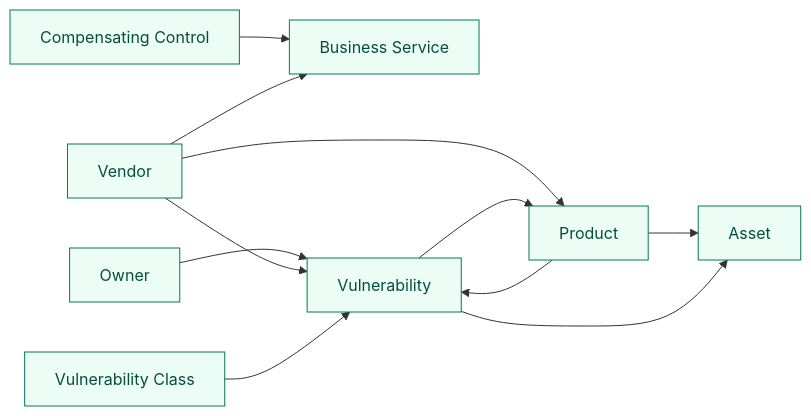
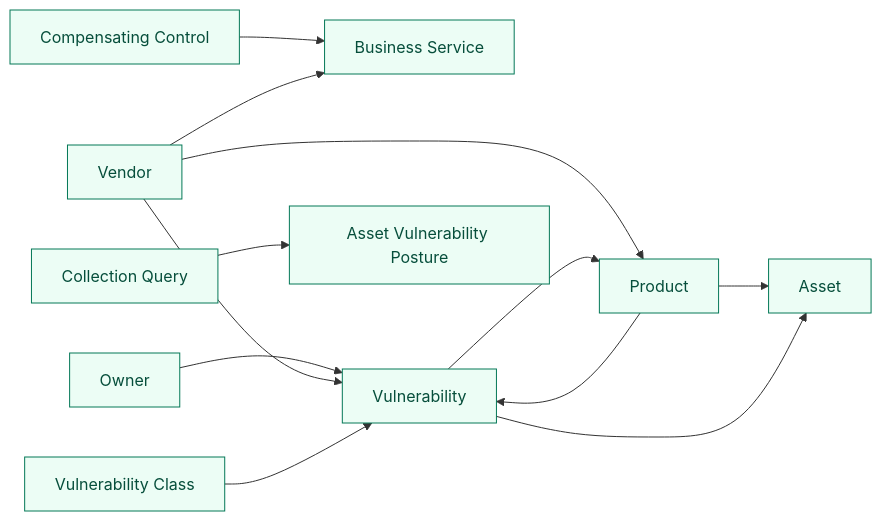
Before and after one commit to cruxible-ai/cruxible: the third of 3 diagrams in kits/kev-triage/README.md, drawn with Mermaid. The commit also changed other lines of this file and 1 other file, not shown here.

````diff
--- a/kits/kev-triage/README.md
+++ b/kits/kev-triage/README.md
@@ -218,24 +217,27 @@
 ```mermaid
 flowchart LR
   classDef queryEntity fill:#ecfdf5,stroke:#047857,color:#064e3b
 
   query_entity_Asset["Asset"]
   query_entity_BusinessService["Business Service"]
+  query_entity_Collection_query["Collection Query"]
   query_entity_CompensatingControl["Compensating Control"]
   query_entity_Owner["Owner"]
   query_entity_Product["Product"]
   query_entity_Vendor["Vendor"]
   query_entity_Vulnerability["Vulnerability"]
   query_entity_VulnerabilityClass["Vulnerability Class"]
-  class query_entity_Asset,query_entity_BusinessService,query_entity_CompensatingControl,query_entity_Owner,query_entity_Product,query_entity_Vendor,query_entity_Vulnerability,query_entity_VulnerabilityClass queryEntity
+  query_entity_asset_vulnerability_posture["Asset Vulnerability Posture"]
+  class query_entity_Asset,query_entity_BusinessService,query_entity_Collection_query,query_entity_CompensatingControl,query_entity_Owner,query_entity_Product,query_entity_Vendor,query_entity_Vulnerability,query_entity_VulnerabilityClass,query_entity_asset_vulnerability_posture queryEntity
+  query_entity_Collection_query --> query_entity_asset_vulnerability_posture
   query_entity_CompensatingControl --> query_entity_BusinessService
   query_entity_Owner --> query_entity_Vulnerability
   query_entity_Product --> query_entity_Asset
   query_entity_Product --> query_entity_Vulnerability
   query_entity_Vendor --> query_entity_BusinessService
   query_entity_Vendor --> query_entity_Product
   query_entity_Vendor --> query_entity_Vulnerability
   query_entity_Vulnerability --> query_entity_Asset
   query_entity_Vulnerability --> query_entity_Product
   query_entity_VulnerabilityClass --> query_entity_Vulnerability
 ```
````
